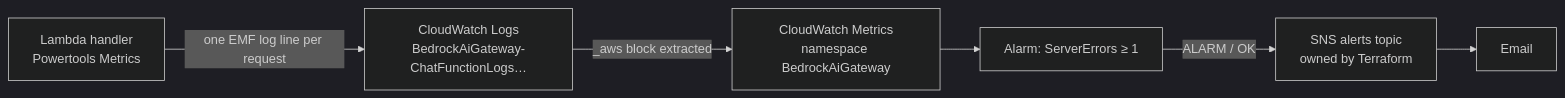
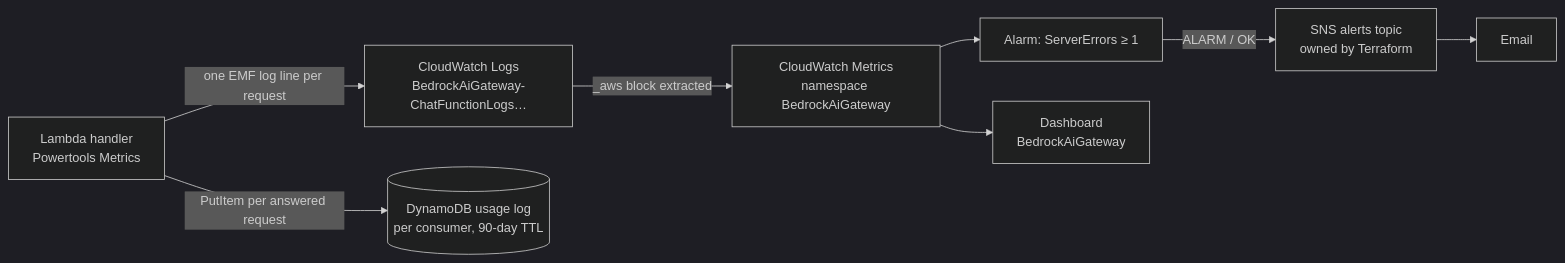
Before and after one commit to bar2sek/bedrock-ai-gateway: the diagram in docs/observability.md, drawn with Mermaid (dark theme). The commit also changed other lines of this file and 1 other file, not shown here.

Commit message:
docs: M2 complete — dashboard and usage log (#11)

````diff
--- a/docs/observability.md
+++ b/docs/observability.md
@@ -16,8 +16,10 @@
 ```mermaid
 graph LR
   L[Lambda handler<br/>Powertools Metrics] -->|one EMF log line per request| LG[CloudWatch Logs<br/>BedrockAiGateway-ChatFunctionLogs…]
   LG -->|_aws block extracted| M[CloudWatch Metrics<br/>namespace BedrockAiGateway]
   M --> A[Alarm: ServerErrors ≥ 1]
   A -->|ALARM / OK| T[SNS alerts topic<br/>owned by Terraform]
   T --> E[Email]
+  M --> D[Dashboard<br/>BedrockAiGateway]
+  L -->|PutItem per answered request| U[(DynamoDB usage log<br/>per consumer, 90-day TTL)]
 ```
````
